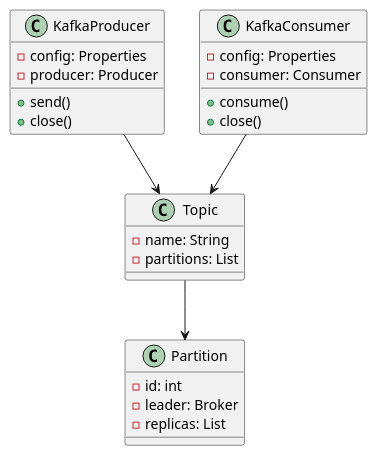
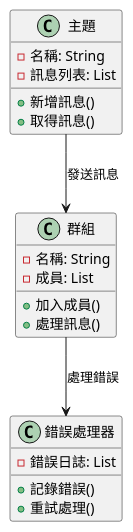
The second of 3 diagrams in doc/learning/architecture/message_queue_tutorial.md (fine5351/info-sync), drawn with PlantUML before and after one commit. The commit also changed other lines of this file and 35 other files, not shown here.

````diff
--- a/doc/learning/architecture/message_queue_tutorial.md
+++ b/doc/learning/architecture/message_queue_tutorial.md
@@ -266,32 +149,26 @@
 ```plantuml
 @startuml
-class KafkaProducer {
-    - config: Properties
-    - producer: Producer
-    + send()
-    + close()
+class 主題 {
+    - 名稱: String
+    - 訊息列表: List
+    + 新增訊息()
+    + 取得訊息()
 }
 
-class KafkaConsumer {
-    - config: Properties
-    - consumer: Consumer
-    + consume()
-    + close()
+class 群組 {
+    - 名稱: String
+    - 成員: List
+    + 加入成員()
+    + 處理訊息()
 }
 
-class Topic {
-    - name: String
-    - partitions: List
+class 錯誤處理器 {
+    - 錯誤日誌: List
+    + 記錄錯誤()
+    + 重試處理()
 }
 
-class Partition {
-    - id: int
-    - leader: Broker
-    - replicas: List
-}
-
-KafkaProducer --> Topic
-KafkaConsumer --> Topic
-Topic --> Partition
+主題 --> 群組 : 發送訊息
+群組 --> 錯誤處理器 : 處理錯誤
 @enduml
 ```
````
